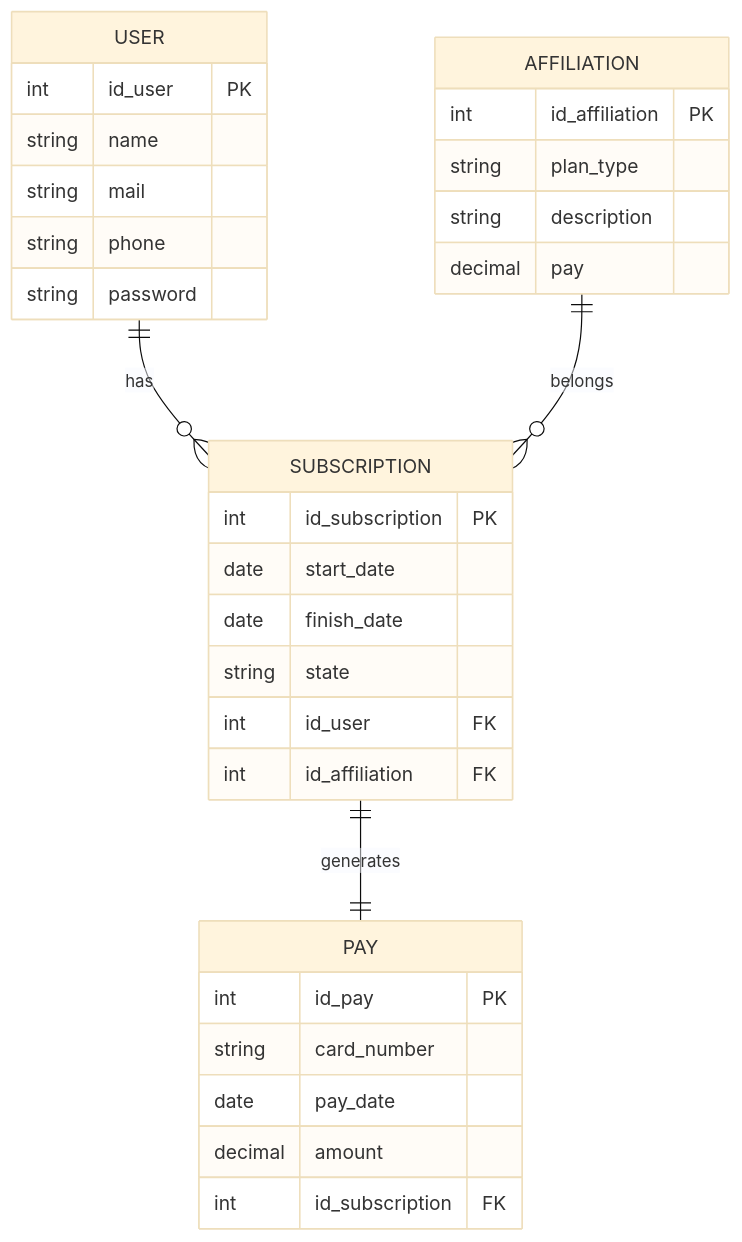
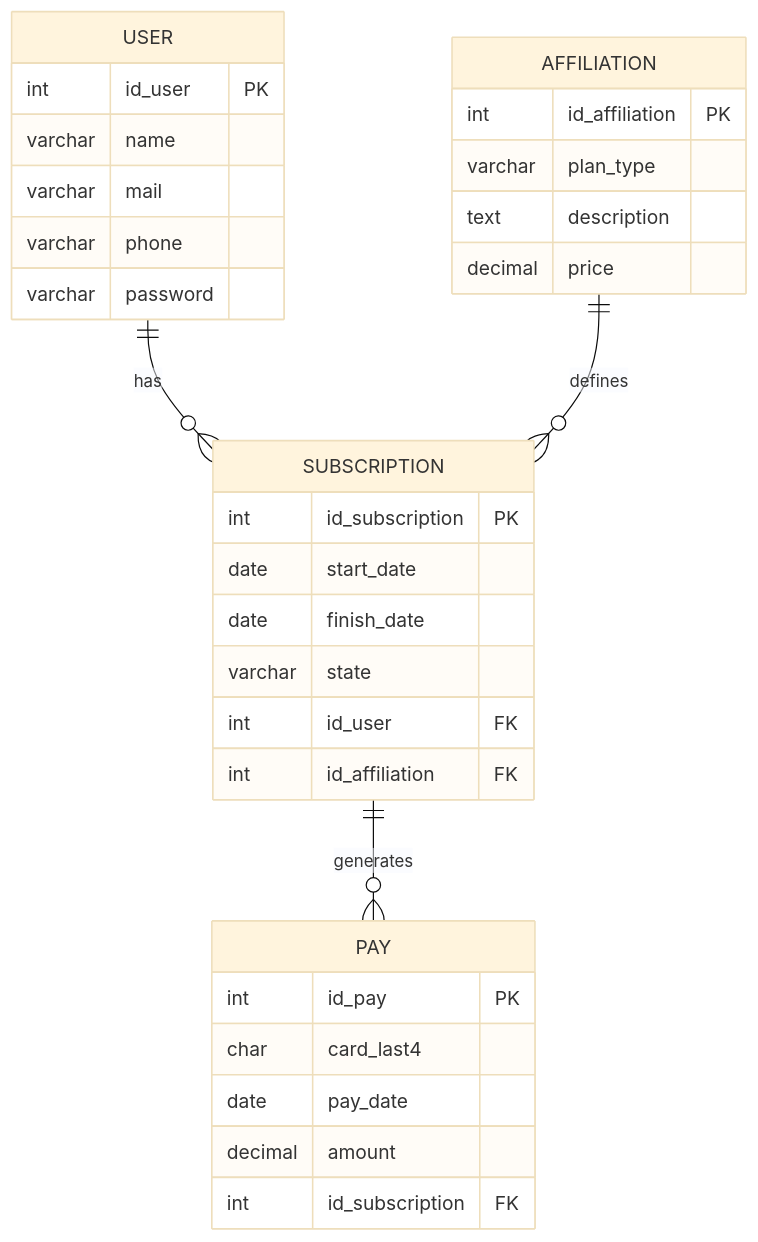
Before and after one commit to monica-ry/cbtis47-db-membre: the diagram in docs/erd_diagram.md, drawn with Mermaid (base theme).

Commit message:
Actualizar erd_diagram.md

````diff
--- a/docs/erd_diagram.md
+++ b/docs/erd_diagram.md
@@ -1,39 +1,34 @@
 ```mermaid
 erDiagram
-
-    USER {
-        int id_user PK
-        string name
-        string mail
-        string phone
-        string password
-    }
-
-    AFFILIATION {
-        int id_affiliation PK
-        string plan_type
-        string description
-        decimal pay
-    }
-
-    SUBSCRIPTION {
-        int id_subscription PK
-        date start_date
-        date finish_date
-        string state
-        int id_user FK
-        int id_affiliation FK
-    }
-
-    PAY {
+USER {
+int id_user PK
+varchar name
+varchar mail
+varchar phone
+varchar password
+}
+AFFILIATION {
+int id_affiliation PK
+varchar plan_type
+text description
+decimal price
+}
+SUBSCRIPTION {
+int id_subscription PK
+date start_date
+date finish_date
+varchar state
+int id_user FK
+int id_affiliation FK
+}
+PAY {
         int id_pay PK
-        string card_number
-        date pay_date
-        decimal amount
-        int id_subscription FK
-    }
-
-    USER ||--o{ SUBSCRIPTION : has
-    AFFILIATION ||--o{ SUBSCRIPTION : belongs
-    SUBSCRIPTION ||--|| PAY : generates
+char card_last4
+date pay_date
+decimal amount
+int id_subscription FK
+}
+USER ||--o{ SUBSCRIPTION : has
+AFFILIATION ||--o{ SUBSCRIPTION : defines
+SUBSCRIPTION ||--o{ PAY : generates
 ```
````
